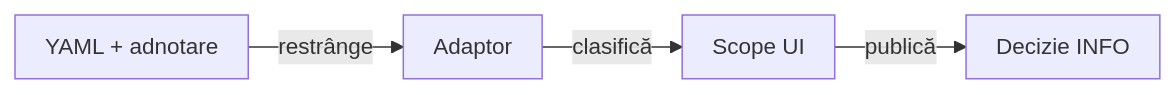
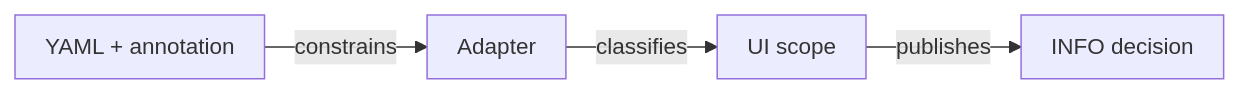
Diagram 12 of 14 in atf-test-auto-ex/README.md (crististefanita/atf_j0), drawn with Mermaid before and after one commit. The commit also changed other lines of this file and 113 other files, not shown here.

````diff
--- a/atf-test-auto-ex/README.md
+++ b/atf-test-auto-ex/README.md
@@ -1599,7 +1705,7 @@
 ```mermaid
 %%{init: {"themeVariables":{"fontSize":"15px"},"themeCSS":".nodeLabel, .nodeLabel p { font-size: 15px !important; line-height: 1.35 !important; } .edgeLabel, .edgeLabel p { font-size: 12px !important; font-weight: 400 !important; line-height: 1.2 !important; } .edgeLabel .labelBkg, .edgeLabel p { background: transparent !important; } .edgeLabel foreignObject { transform: translateY(-18px); overflow: visible; } .node rect { rx: 6px; ry: 6px; }","flowchart":{"curve":"linear","nodeSpacing":24,"rankSpacing":40,"padding":10,"diagramPadding":16}}}%%
 flowchart LR
-    Yaml["YAML + adnotare"] -->|restrânge| Adapter["Adaptor"]
-    Adapter -->|clasifică| Scope["Scope UI"]
-    Scope -->|publică| Evidence["Decizie INFO"]
+    Yaml["YAML + annotation"] -->|constrains| Adapter["Adapter"]
+    Adapter -->|classifies| Scope["UI scope"]
+    Scope -->|publishes| Evidence["INFO decision"]
 ```
````
